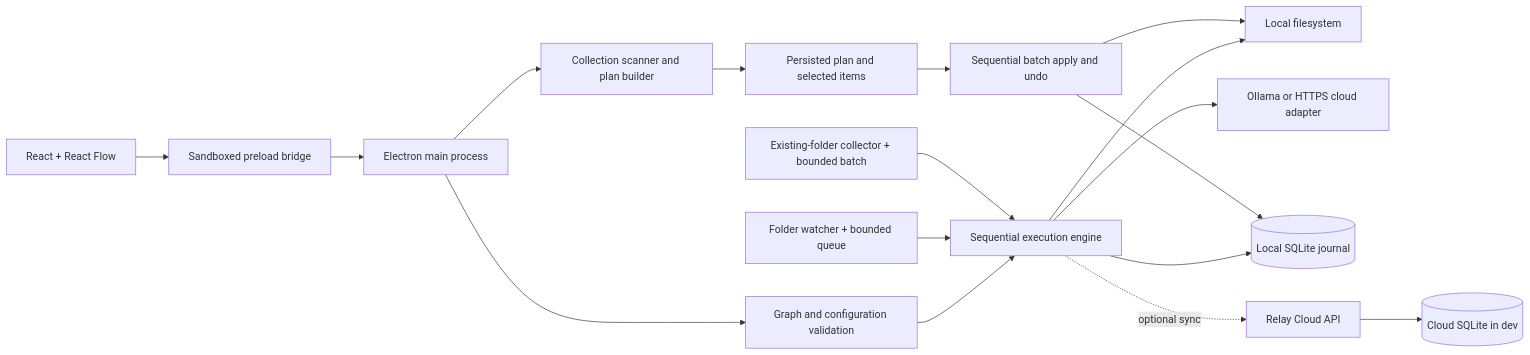
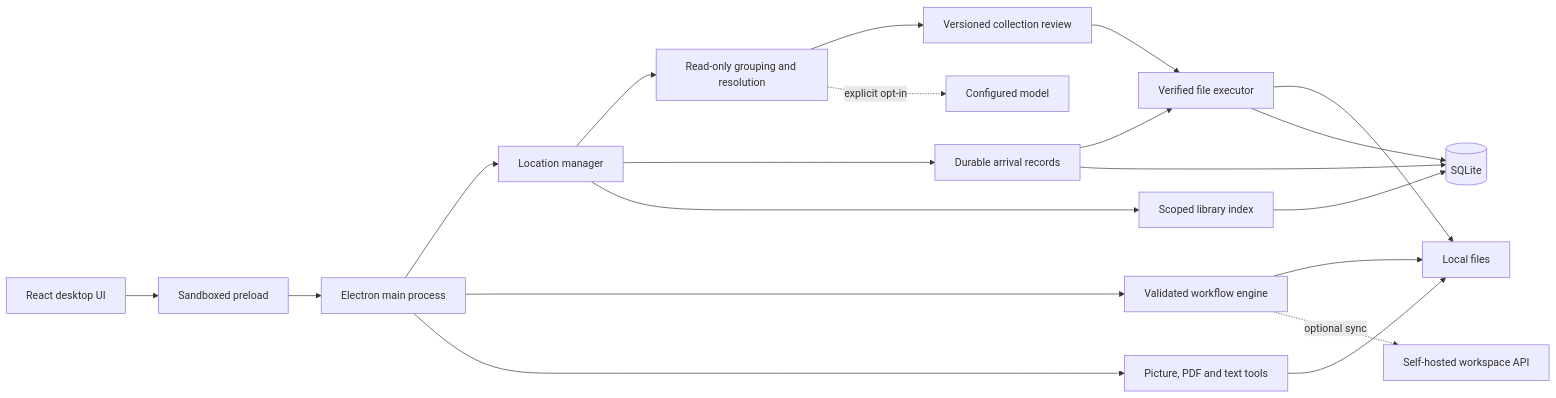
One commit to Yaqoubj/Relay-Studio changed the diagram in docs/architecture.md. Above: the diagram before and after it, drawn with Mermaid. The commit also changed other lines of this file and 54 other files, not shown here.

Commit message:
Rework Relay Studio desktop organizer

````diff
--- a/docs/architecture.md
+++ b/docs/architecture.md
@@ -15,19 +7,22 @@
 ```mermaid
 flowchart LR
-  UI[React + React Flow] --> Bridge[Sandboxed preload bridge]
+  UI[React desktop UI] --> Bridge[Sandboxed preload]
   Bridge --> Main[Electron main process]
-  Main --> Validate[Graph and configuration validation]
-  Validate --> Engine[Sequential execution engine]
-  Engine --> Files[Local filesystem]
-  Engine --> AI[Ollama or HTTPS cloud adapter]
-  Engine --> DB[(Local SQLite journal)]
-  Watch[Folder watcher + bounded queue] --> Engine
-  Batch[Existing-folder collector + bounded batch] --> Engine
-  Main --> Organizer[Collection scanner and plan builder]
-  Organizer --> Review[Persisted plan and selected items]
-  Review --> Apply[Sequential batch apply and undo]
-  Apply --> Files
-  Apply --> DB
-  Engine -. optional sync .-> API[Relay Cloud API]
-  API --> CloudDB[(Cloud SQLite in dev)]
+  Main --> Location[Location manager]
+  Location --> Prepare[Read-only grouping and resolution]
+  Prepare --> Review[Versioned collection review]
+  Review --> Executor[Verified file executor]
+  Location --> Monitor[Durable arrival records]
+  Monitor --> Executor
+  Location --> Index[Scoped library index]
+  Main --> Graph[Validated workflow engine]
+  Main --> Tools[Picture, PDF and text tools]
+  Executor --> Files[Local files]
+  Graph --> Files
+  Tools --> Files
+  Executor --> DB[(SQLite)]
+  Index --> DB
+  Monitor --> DB
+  Prepare -. explicit opt-in .-> AI[Configured model]
+  Graph -. optional sync .-> API[Self-hosted workspace API]
 ```
````
